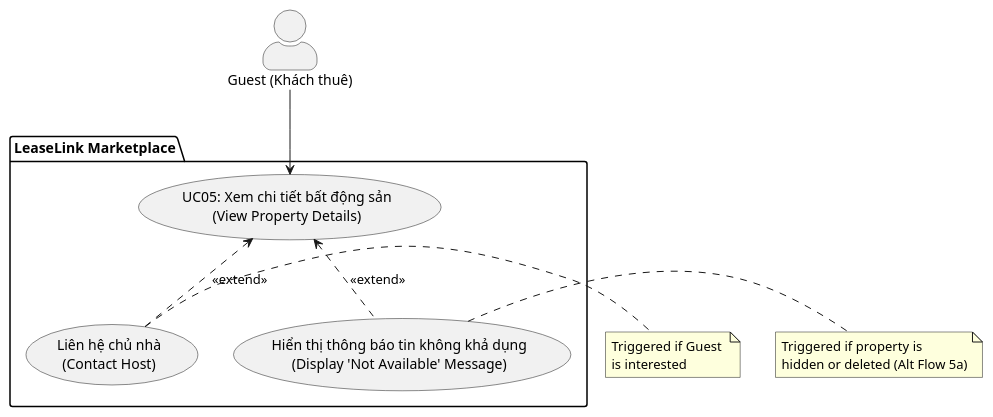
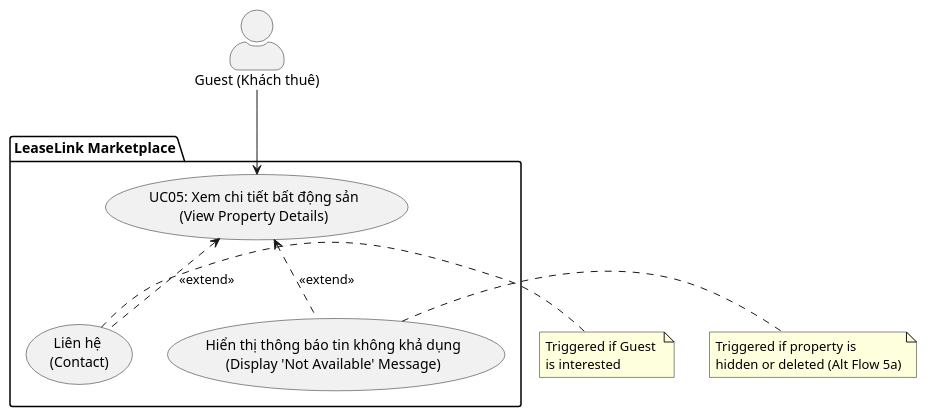
Before and after one commit to chishiya2309/LeaseLink-Backend: the diagram in src/main/java/vn/hcmute/edu/lequanghung_nguyenthaibao/backend/uml/UC05_XemChiTiet_LienHe/UC05_XemChiTiet_LienHe.puml, drawn with PlantUML. The commit also changed 8 other files, not shown here.

```diff
--- a/src/main/java/vn/hcmute/edu/lequanghung_nguyenthaibao/backend/uml/UC05_XemChiTiet_LienHe/UC05_XemChiTiet_LienHe.puml
+++ b/src/main/java/vn/hcmute/edu/lequanghung_nguyenthaibao/backend/uml/UC05_XemChiTiet_LienHe/UC05_XemChiTiet_LienHe.puml
@@ -1,27 +1,27 @@
 @startuml
 skinparam actorStyle awesome
 
 actor "Guest (Khách thuê)" as Guest
 
 package "LeaseLink Marketplace" {
     usecase "UC05: Xem chi tiết bất động sản\n(View Property Details)" as UC05
-    usecase "Liên hệ chủ nhà\n(Contact Host)" as UC05_Contact
+    usecase "Liên hệ \n(Contact)" as UC05_Contact
     usecase "Hiển thị thông báo tin không khả dụng\n(Display 'Not Available' Message)" as UC05_Error
 }
 
 Guest --> UC05
 
 UC05_Contact .up.> UC05 : <<extend>>
 UC05_Error .up.> UC05 : <<extend>>
 
 note right of UC05_Contact
   Triggered if Guest 
   is interested
 end note
 
 note right of UC05_Error
   Triggered if property is 
   hidden or deleted (Alt Flow 5a)
 end note
 
 @enduml
```
